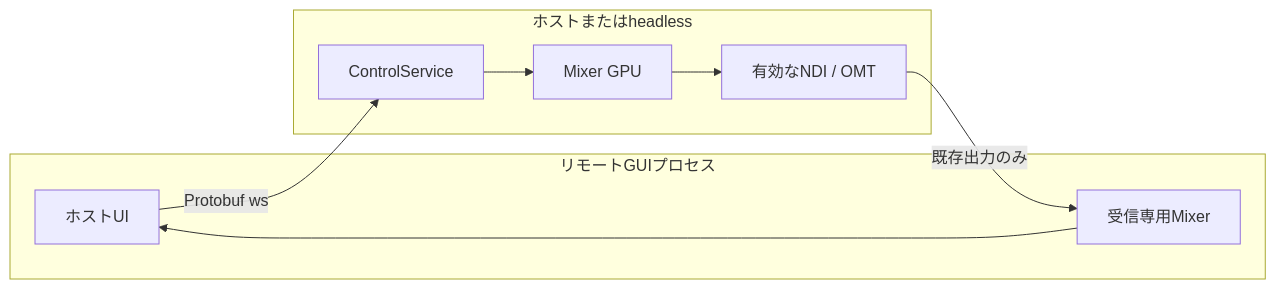
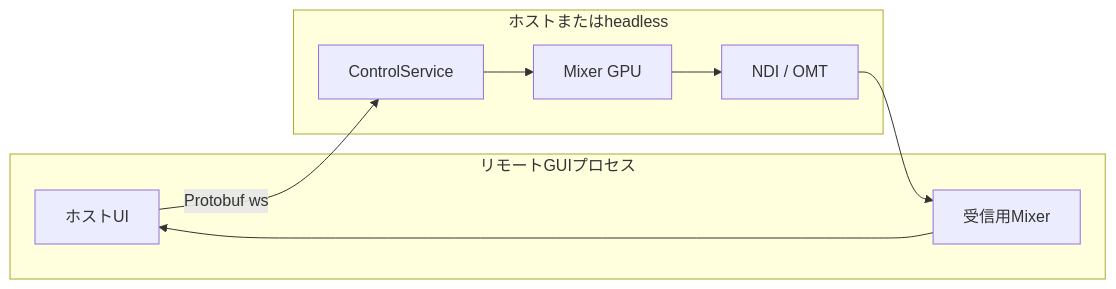
The second of 7 diagrams in docs/src/content/docs/ja/introduction/architecture.md (MikanseiLaboratory/eiviz), drawn with Mermaid before and after one commit. The commit also changed other lines of this file and 47 other files, not shown here.

````diff
--- a/docs/src/content/docs/ja/introduction/architecture.md
+++ b/docs/src/content/docs/ja/introduction/architecture.md
@@ -42,17 +41,17 @@
 ```mermaid
 flowchart LR
   subgraph client["リモートGUIプロセス"]
     rui["ホストUI"]
-    recv["受信専用Mixer"]
+    recv["受信用Mixer"]
   end
   subgraph server["ホストまたはheadless"]
     ctrl2["ControlService"]
     gpu["Mixer GPU"]
-    ndi["有効なNDI / OMT"]
+    ndi["NDI / OMT"]
   end
   rui -->|Protobuf ws| ctrl2
   ctrl2 --> gpu
   gpu --> ndi
-  ndi -->|既存出力のみ| recv
+  ndi --> recv
   recv --> rui
 ```
````
